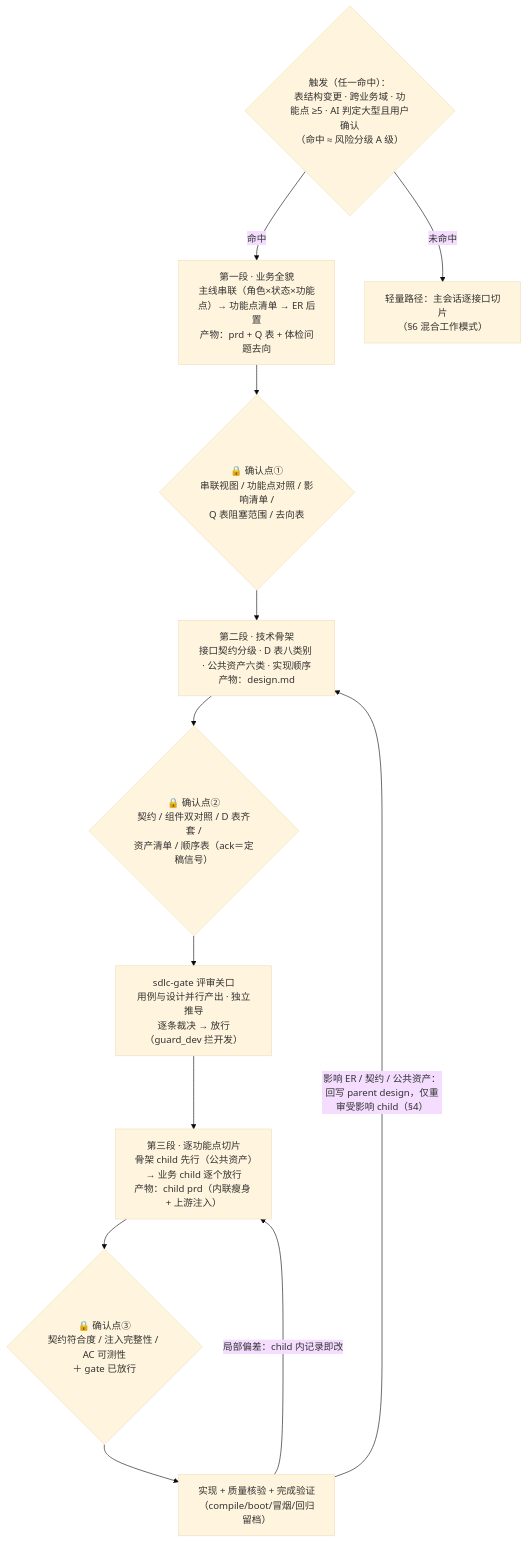
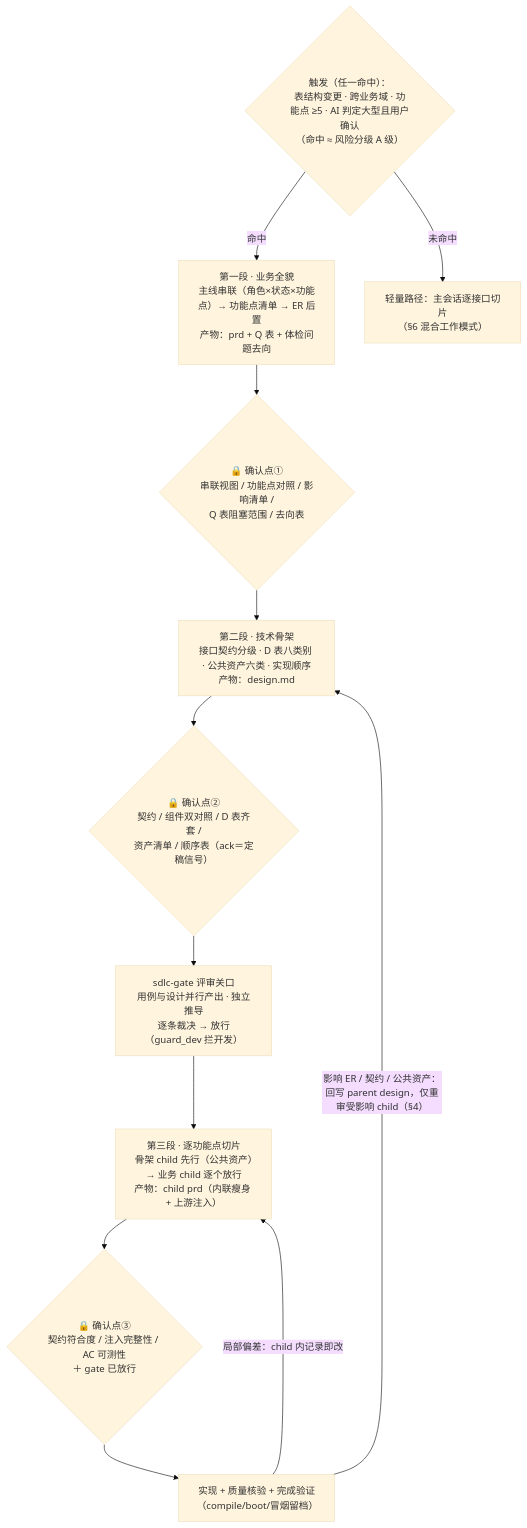
One commit to TsCarpe/claude-sdlc-skills changed the diagram in docs/large-req-playbook.md. Above: the diagram before and after it, drawn with Mermaid (base theme). The commit also changed 17 other files, not shown here.

First line of the commit message:
feat: v0.19.0 sdlc-test dev 验证去回归环节（compile/boot/冒烟三件套口径）+ 复盘坑位沉淀 + best-practices 对照修复

````diff
--- a/docs/large-req-playbook.md
+++ b/docs/large-req-playbook.md
@@ -15,18 +15,18 @@
 ```mermaid
 flowchart TB
     T{"触发（任一命中）：<br/>表结构变更 · 跨业务域 · 功能点 ≥5 · AI 判定大型且用户确认<br/>（命中 ≈ 风险分级 A 级）"}
     T -->|命中| S1
     T -->|未命中| L["轻量路径：主会话逐接口切片<br/>（§6 混合工作模式）"]
 
     S1["第一段 · 业务全貌<br/>主线串联（角色×状态×功能点）→ 功能点清单 → ER 后置<br/>产物：prd + Q 表 + 体检问题去向"]
     S1 --> C1{"🔒 确认点①<br/>串联视图 / 功能点对照 / 影响清单 /<br/>Q 表阻塞范围 / 去向表"}
     C1 --> S2["第二段 · 技术骨架<br/>接口契约分级 · D 表八类别 · 公共资产六类 · 实现顺序<br/>产物：design.md"]
     S2 --> C2{"🔒 确认点②<br/>契约 / 组件双对照 / D 表齐套 /<br/>资产清单 / 顺序表（ack＝定稿信号）"}
     C2 --> G["sdlc-gate 评审关口<br/>用例与设计并行产出 · 独立推导<br/>逐条裁决 → 放行（guard_dev 拦开发）"]
     G --> S3["第三段 · 逐功能点切片<br/>骨架 child 先行（公共资产）→ 业务 child 逐个放行<br/>产物：child prd（内联瘦身 + 上游注入）"]
     S3 --> C3{"🔒 确认点③<br/>契约符合度 / 注入完整性 / AC 可测性<br/>＋ gate 已放行"}
-    C3 --> DEV["实现 + 质量核验 + 完成验证<br/>（compile/boot/冒烟/回归留档）"]
+    C3 --> DEV["实现 + 质量核验 + 完成验证<br/>（compile/boot/冒烟留档）"]
 
     DEV -->|"局部偏差：child 内记录即改"| S3
     DEV -->|"影响 ER / 契约 / 公共资产：<br/>回写 parent design，仅重审受影响 child（§4）"| S2
 ```
````
